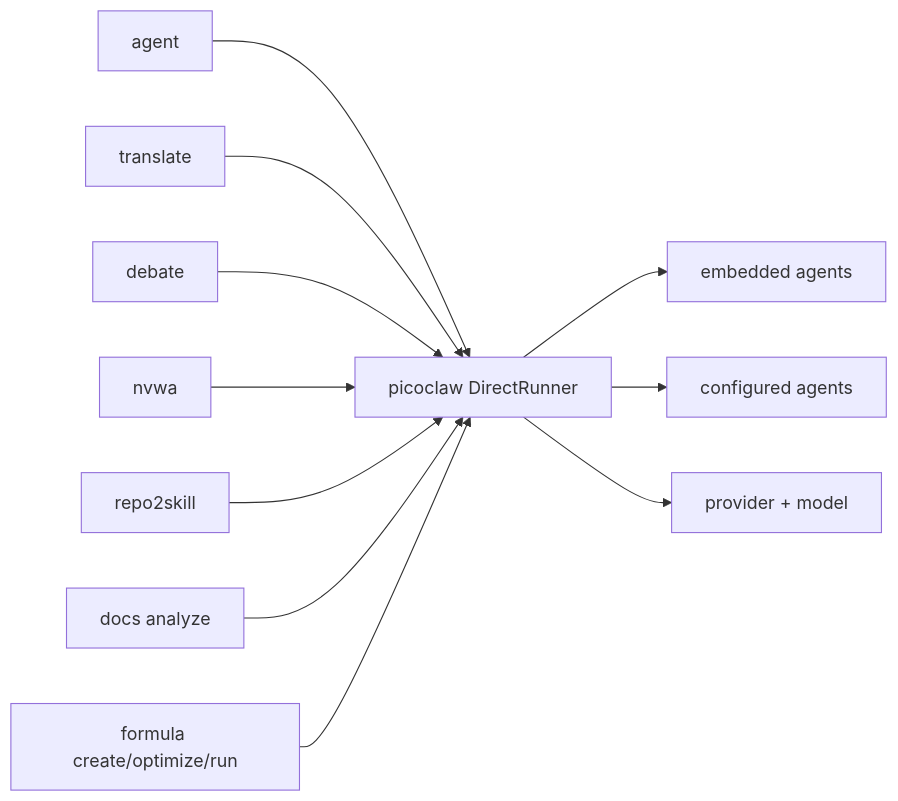
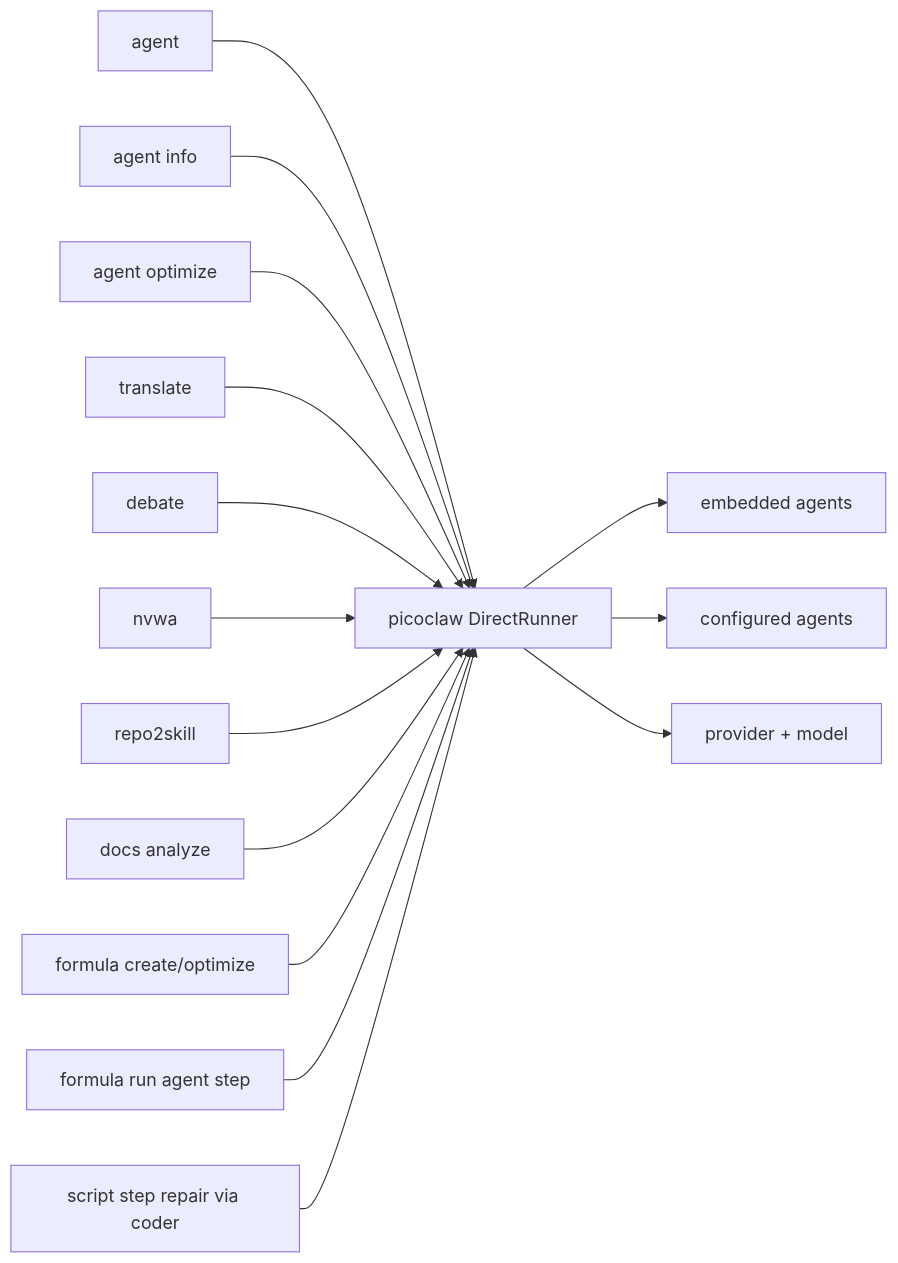
One commit to sjzsdu/tt changed the fifth of 5 diagrams in ai-docs/picoclaw-integration.md. Above: the diagram before and after it, drawn with Mermaid. The commit also changed other lines of this file and 5 other files, not shown here.

Commit message:
docs(ai-docs): expand formula and agent architecture guides

````diff
--- a/ai-docs/picoclaw-integration.md
+++ b/ai-docs/picoclaw-integration.md
@@ -181,14 +197,18 @@
 ```mermaid
 flowchart LR
     A[agent] --> P[picoclaw DirectRunner]
+    A2[agent info] --> P
+    A3[agent optimize] --> P
     B[translate] --> P
     C[debate] --> P
     D[nvwa] --> P
     E[repo2skill] --> P
     F[docs analyze] --> P
-    G[formula create/optimize/run] --> P
+    G[formula create/optimize] --> P
+    G2[formula run agent step] --> P
+    H[script step repair via coder] --> P
 
-    P --> H[embedded agents]
-    P --> I[configured agents]
-    P --> J[provider + model]
+    P --> IA[embedded agents]
+    P --> CA[configured agents]
+    P --> PM[provider + model]
 ```
````
